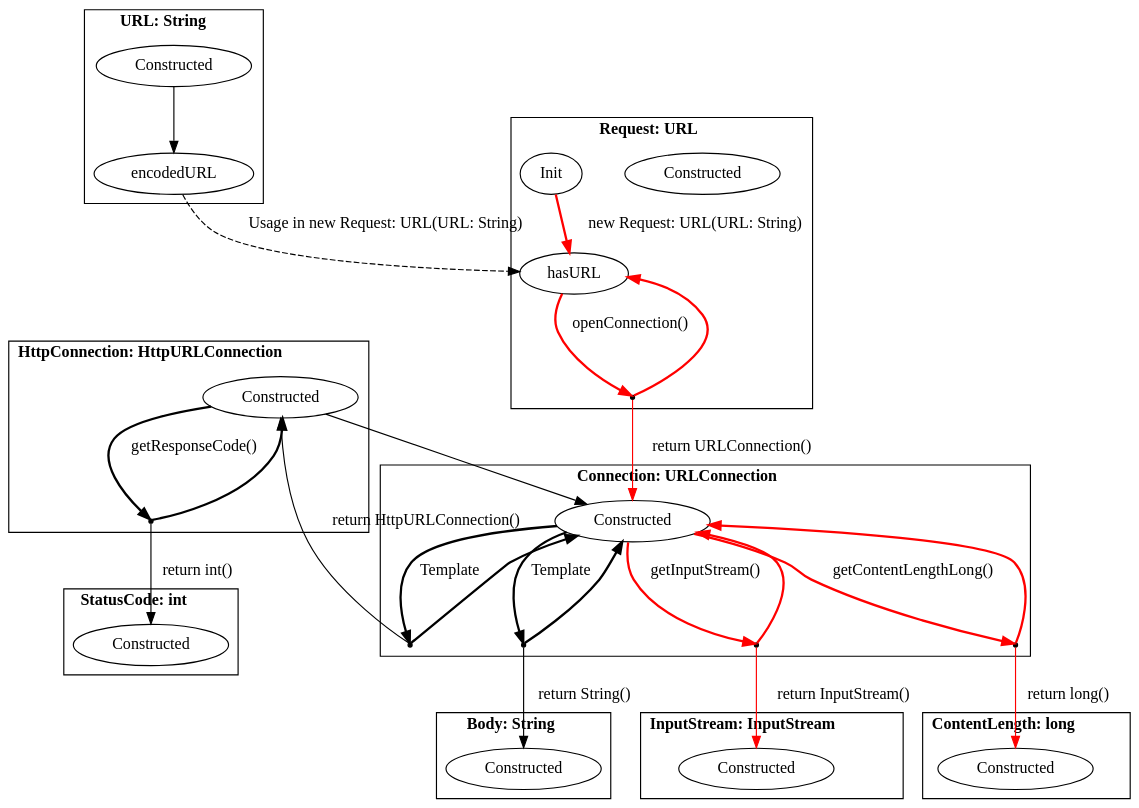
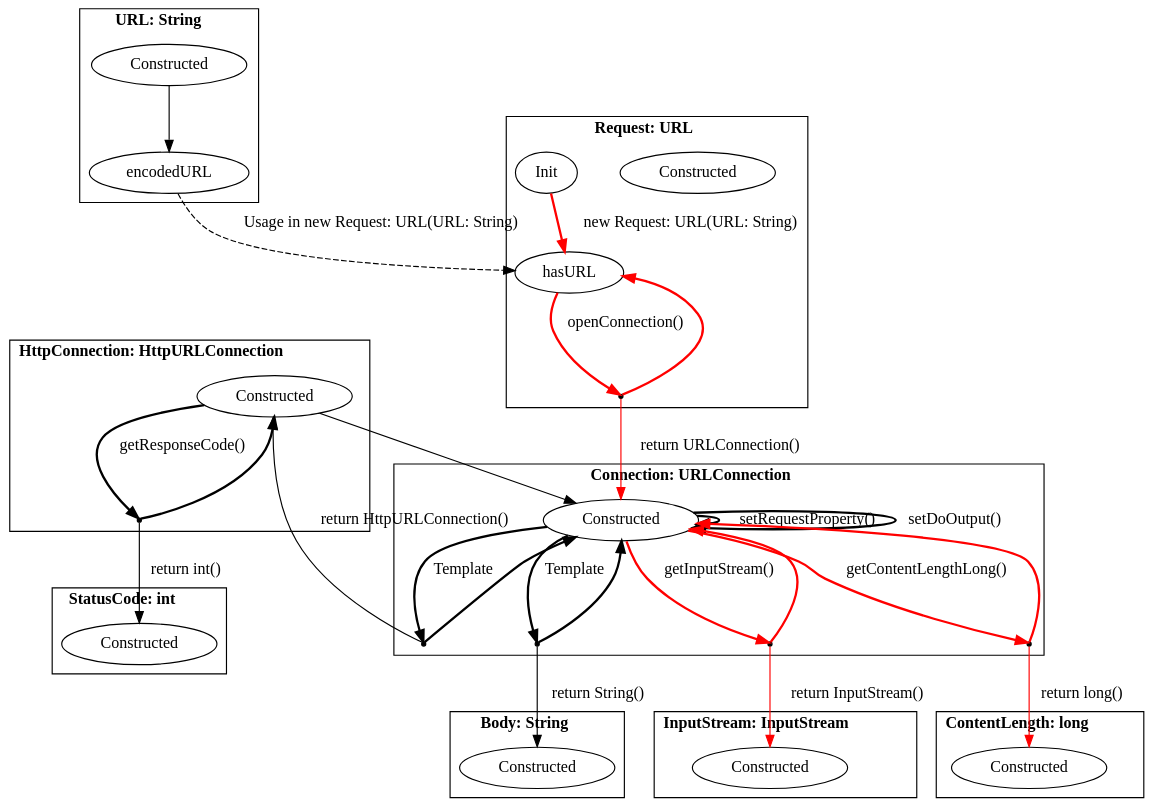
Before and after one commit to h31/LibraryMigration: the diagram in pictures/extracted_javaIf.dot, drawn with Graphviz. The commit also changed 9 other files, not shown here.

```diff
--- a/pictures/extracted_javaIf.dot
+++ b/pictures/extracted_javaIf.dot
@@ -1,66 +1,68 @@
 digraph G {
     bgcolor="transparent";
     subgraph cluster0 {
     label = <<B>URL: String</B>>;
         Constructed_URL [ label="Constructed" ];
         encodedURL_URL [ label="encodedURL" ];
     }
     subgraph cluster1 {
     label = <<B>Request: URL</B>>;
         Constructed_Request [ label="Constructed" ];
         hasURL_Request [ label="hasURL" ];
         Init_Request [ label="Init" ];
         virtual0 [ shape = point ];
     }
     subgraph cluster2 {
     label = <<B>Connection: URLConnection</B>>;
         Constructed_Connection [ label="Constructed" ];
         virtual1 [ shape = point ];
         virtual2 [ shape = point ];
         virtual3 [ shape = point ];
         virtual4 [ shape = point ];
     }
     subgraph cluster3 {
     label = <<B>Body: String</B>>;
         Constructed_Body [ label="Constructed" ];
     }
     subgraph cluster4 {
     label = <<B>InputStream: InputStream</B>>;
         Constructed_InputStream [ label="Constructed" ];
     }
     subgraph cluster5 {
     label = <<B>ContentLength: long</B>>;
         Constructed_ContentLength [ label="Constructed" ];
     }
     subgraph cluster6 {
     label = <<B>StatusCode: int</B>>;
         Constructed_StatusCode [ label="Constructed" ];
     }
     subgraph cluster7 {
     label = <<B>HttpConnection: HttpURLConnection</B>>;
         Constructed_HttpConnection [ label="Constructed" ];
         virtual5 [ shape = point ];
     }
         Constructed_URL -> encodedURL_URL [ label="", style = "solid"  ];
         encodedURL_URL -> hasURL_Request [ label="Usage in new Request: URL(URL: String)", style = "dashed"  ];
         Init_Request -> hasURL_Request [ label="new Request: URL(URL: String)", style = "bold" , color = red ];
         hasURL_Request -> virtual0 [ style = "bold" label="openConnection()" , color = red ];
         virtual0 -> hasURL_Request [ style = "bold" , color = red ];
         virtual0 -> Constructed_Connection [ label="return URLConnection()" , color = red ];
         Constructed_Connection -> virtual1 [ style = "bold" label="Template"  ];
         virtual1 -> Constructed_Connection [ style = "bold"  ];
         virtual1 -> Constructed_Body [ label="return String()"  ];
         Constructed_Connection -> virtual2 [ style = "bold" label="getInputStream()" , color = red ];
         virtual2 -> Constructed_Connection [ style = "bold" , color = red ];
         virtual2 -> Constructed_InputStream [ label="return InputStream()" , color = red ];
+        Constructed_Connection -> Constructed_Connection [ label="setRequestProperty()", style = "bold"  ];
+        Constructed_Connection -> Constructed_Connection [ label="setDoOutput()", style = "bold"  ];
         Constructed_Connection -> virtual3 [ style = "bold" label="getContentLengthLong()" , color = red ];
         virtual3 -> Constructed_Connection [ style = "bold" , color = red ];
         virtual3 -> Constructed_ContentLength [ label="return long()" , color = red ];
         Constructed_Connection -> virtual4 [ style = "bold" label="Template"  ];
         virtual4 -> Constructed_Connection [ style = "bold"  ];
         virtual4 -> Constructed_HttpConnection [ label="return HttpURLConnection()"  ];
         Constructed_HttpConnection -> Constructed_Connection [ label="", style = "solid"  ];
         Constructed_HttpConnection -> virtual5 [ style = "bold" label="getResponseCode()"  ];
         virtual5 -> Constructed_HttpConnection [ style = "bold"  ];
         virtual5 -> Constructed_StatusCode [ label="return int()"  ];
 }
```
